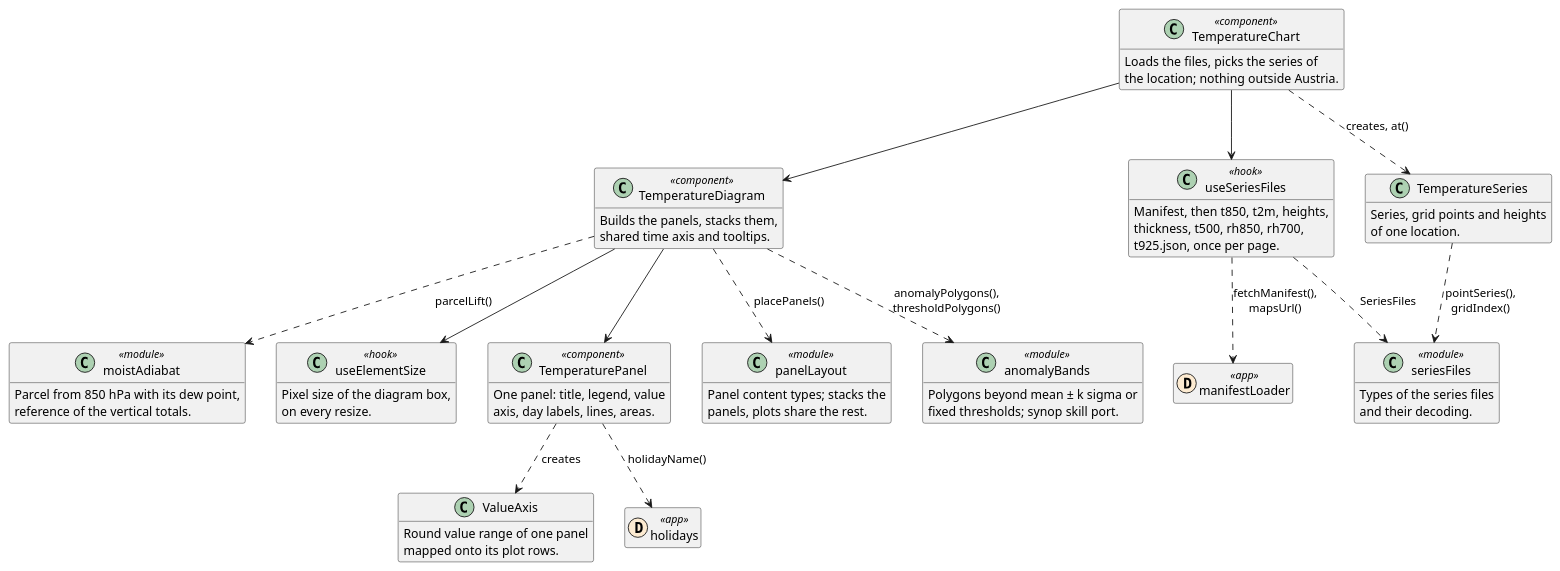
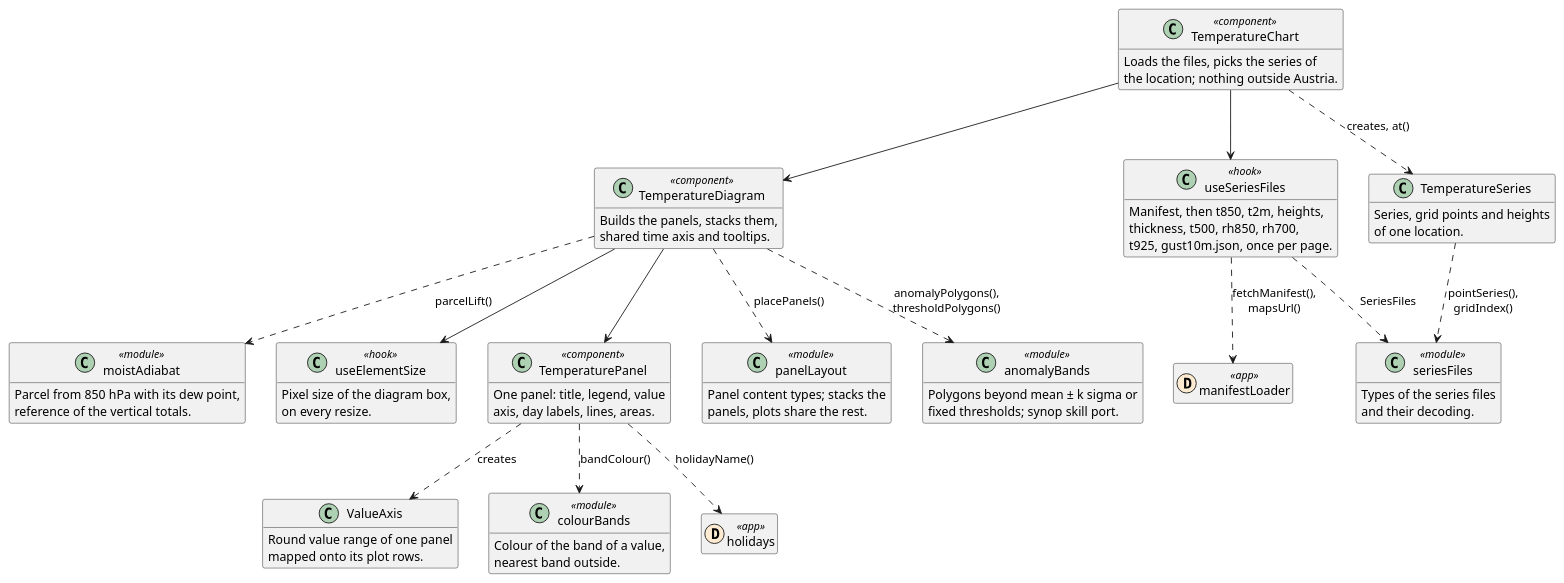
Before and after one commit to schletz/wetterkartenviewer: the second of 2 diagrams in REFERENCE.webapp.md, drawn with PlantUML. The commit also changed other lines of this file and 32 other files, not shown here.

First line of the commit message:
Show 10 m gusts on wind10m, in the temperature diagram and the synop tables

````diff
--- a/REFERENCE.webapp.md
+++ b/REFERENCE.webapp.md
@@ -168,65 +168,70 @@
 ```plantuml
 @startuml temperature
 hide empty members
 class TemperatureChart <<component>> {
  Loads the files, picks the series of
  the location; nothing outside Austria.
 }
 class TemperatureDiagram <<component>> {
  Builds the panels, stacks them,
  shared time axis and tooltips.
 }
 class TemperaturePanel <<component>> {
  One panel: title, legend, value
  axis, day labels, lines, areas.
 }
 class useSeriesFiles <<hook>> {
  Manifest, then t850, t2m, heights,
  thickness, t500, rh850, rh700,
- t925.json, once per page.
+ t925, gust10m.json, once per page.
 }
 class TemperatureSeries {
  Series, grid points and heights
  of one location.
 }
 class panelLayout <<module>> {
  Panel content types; stacks the
  panels, plots share the rest.
 }
 class ValueAxis {
  Round value range of one panel
  mapped onto its plot rows.
 }
 class anomalyBands <<module>> {
  Polygons beyond mean ± k sigma or
  fixed thresholds; synop skill port.
 }
 class moistAdiabat <<module>> {
  Parcel from 850 hPa with its dew point,
  reference of the vertical totals.
+}
+class colourBands <<module>> {
+ Colour of the band of a value,
+ nearest band outside.
 }
 class seriesFiles <<module>> {
  Types of the series files
  and their decoding.
 }
 class useElementSize <<hook>> {
  Pixel size of the diagram box,
  on every resize.
 }
 class manifestLoader << (D,#fdebd1) app >>
 class holidays << (D,#fdebd1) app >>
 TemperatureChart --> useSeriesFiles
 TemperatureChart ..> TemperatureSeries : creates, at()
 TemperatureChart --> TemperatureDiagram
 useSeriesFiles ..> manifestLoader : fetchManifest(),\nmapsUrl()
 useSeriesFiles ..> seriesFiles : SeriesFiles
 TemperatureSeries ..> seriesFiles : pointSeries(),\ngridIndex()
 TemperatureDiagram ..> panelLayout : placePanels()
 TemperatureDiagram ..> anomalyBands : anomalyPolygons(),\nthresholdPolygons()
 TemperatureDiagram ..> moistAdiabat : parcelLift()
 TemperatureDiagram --> TemperaturePanel
 TemperatureDiagram --> useElementSize
 TemperaturePanel ..> ValueAxis : creates
 TemperaturePanel ..> holidays : holidayName()
+TemperaturePanel ..> colourBands : bandColour()
 @enduml
 ```
````
